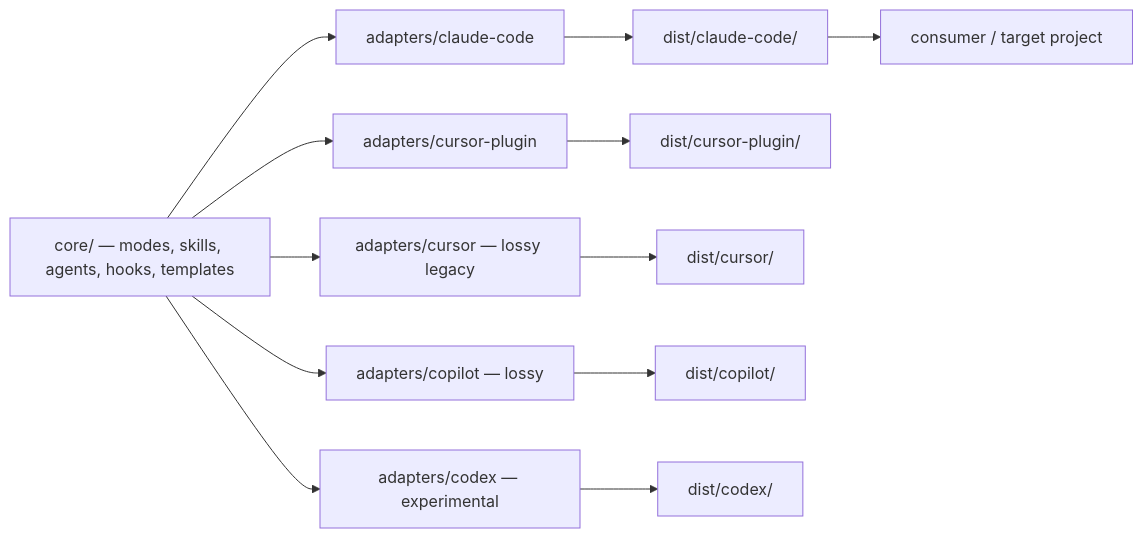
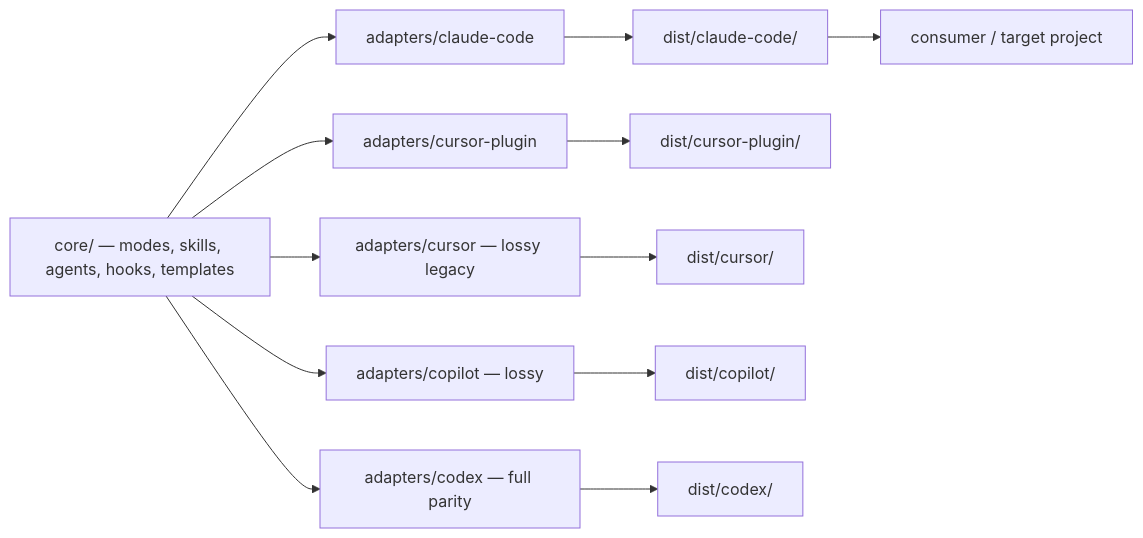
The diagram in CLAUDE.md (the-psi/pai-orbit), drawn with Mermaid before and after one commit. The commit also changed 2 other files, not shown here.

First paragraph of the commit message:
docs(codex): record adapter ADR + fix version drift + stale label
Bundles three review-followup items from the PR #4 final review into a
single commit:

````diff
--- a/CLAUDE.md
+++ b/CLAUDE.md
@@ -70,14 +70,14 @@
 ```mermaid
 graph LR
     core[core/ — modes, skills, agents, hooks, templates] --> claudecode[adapters/claude-code]
     core --> cursorplugin[adapters/cursor-plugin]
     core --> cursor[adapters/cursor — lossy legacy]
     core --> copilot[adapters/copilot — lossy]
-    core --> codex[adapters/codex — experimental]
+    core --> codex[adapters/codex — full parity]
     claudecode --> distcc[dist/claude-code/]
     cursorplugin --> distcp[dist/cursor-plugin/]
     cursor --> distc[dist/cursor/]
     copilot --> distco[dist/copilot/]
     codex --> distcx[dist/codex/]
     distcc --> consumer[consumer / target project]
 ```
````
